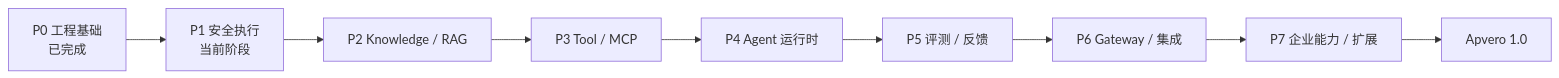
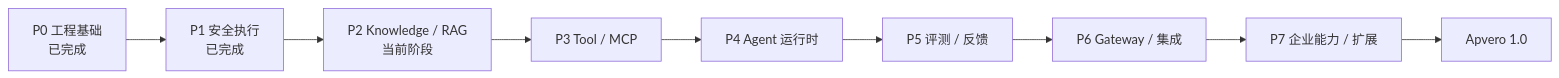
One commit to huangheng-dev/Apvero changed the first of 2 diagrams in docs/zh-CN/roadmap.md. Above: the diagram before and after it, drawn with Mermaid. The commit also changed other lines of this file and 17 other files, not shown here.

Commit message:
Establish P2.0 architecture and contract baseline

````diff
--- a/docs/zh-CN/roadmap.md
+++ b/docs/zh-CN/roadmap.md
@@ -11,13 +11,13 @@
 ```mermaid
 flowchart LR
     P0["P0 工程基础<br/>已完成"]
-    P1["P1 安全执行<br/>当前阶段"]
-    P2["P2 Knowledge / RAG"]
+    P1["P1 安全执行<br/>已完成"]
+    P2["P2 Knowledge / RAG<br/>当前阶段"]
     P3["P3 Tool / MCP"]
     P4["P4 Agent 运行时"]
     P5["P5 评测 / 反馈"]
     P6["P6 Gateway / 集成"]
     P7["P7 企业能力 / 扩展"]
     V1["Apvero 1.0"]
     P0 --> P1 --> P2 --> P3 --> P4 --> P5 --> P6 --> P7 --> V1
 ```
````
